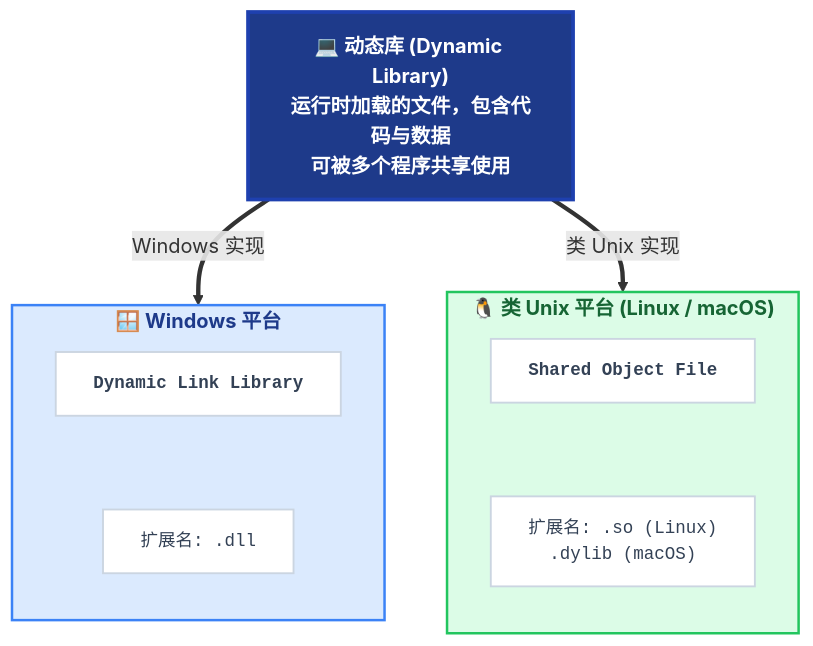
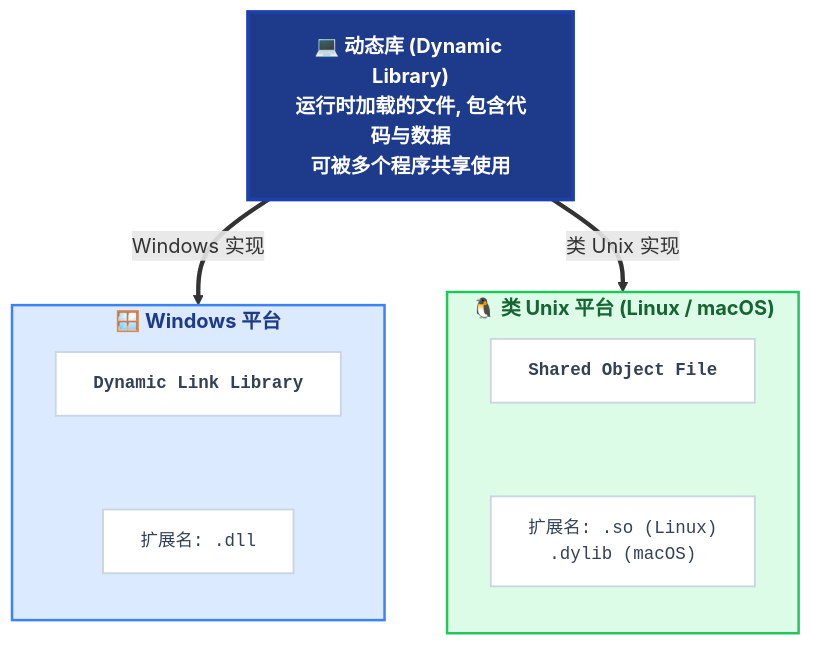
The first of 6 diagrams in _posts/c_c++/library/2023-02-28-dynamic library.md (dmjcb/dmjcb.github.io), drawn with Mermaid before and after one commit. The commit also changed other lines of this file and 12 other files, not shown here.

````diff
--- a/_posts/c_c++/library/2023-02-28-dynamic library.md
+++ b/_posts/c_c++/library/2023-02-28-dynamic library.md
@@ -13,37 +13,37 @@
 ```mermaid
 flowchart TB
     %% 样式定义
     classDef coreBox fill:#1e3a8a,stroke:#1e40af,stroke-width:3px,color:#ffffff,font-weight:bold,font-size:16px;
     classDef winBox fill:#dbeafe,stroke:#3b82f6,stroke-width:2px,color:#1e3a8a,font-weight:bold;
     classDef unixBox fill:#dcfce7,stroke:#22c55e,stroke-width:2px,color:#166534,font-weight:bold;
     classDef detailNode fill:#ffffff,stroke:#cbd5e1,stroke-width:1.5px,color:#334155,font-family:monospace,font-size:14px;
     classDef linkLine stroke:#64748b,stroke-width:2px;
 
     %% 核心概念
-    Core["💻 <b>动态库 (Dynamic Library)</b><br>运行时加载的文件，包含代码与数据<br>可被多个程序共享使用"]:::coreBox
+    Core["💻 <b>动态库 (Dynamic Library)</b><br>运行时加载的文件, 包含代码与数据<br>可被多个程序共享使用"]:::coreBox
 
     %% Windows 平台实现
     subgraph WinEnv ["🪟 Windows 平台"]
         direction TB
         W_Name["<b>Dynamic Link Library</b>"]:::detailNode
         W_Ext["扩展名: <code>.dll</code>"]:::detailNode
         W_Name ~~~ W_Ext
     end
 
     %% 类 Unix 平台实现
     subgraph UnixEnv ["🐧 类 Unix 平台 (Linux / macOS)"]
         direction TB
         U_Name["<b>Shared Object File</b>"]:::detailNode
         U_Ext["扩展名: <code>.so</code> (Linux)<br><code>.dylib</code> (macOS)"]:::detailNode
         U_Name ~~~ U_Ext
     end
 
     %% 连线关系
     Core ==>|"Windows 实现"| WinEnv
     Core ==>|"类 Unix 实现"| UnixEnv
 
     %% 应用子图样式
     class WinEnv winBox;
     class UnixEnv unixBox;
 
 ```
````
